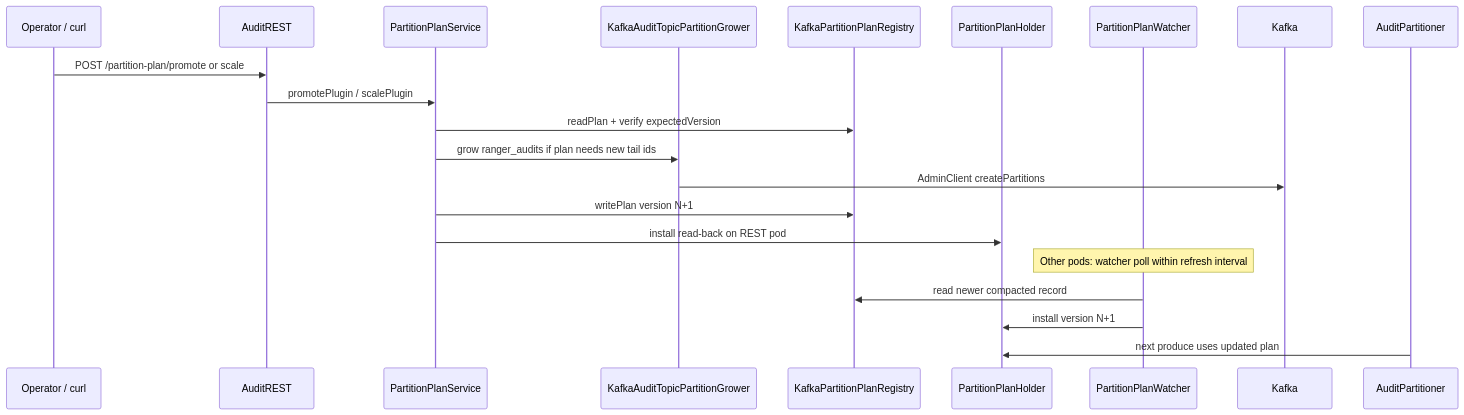
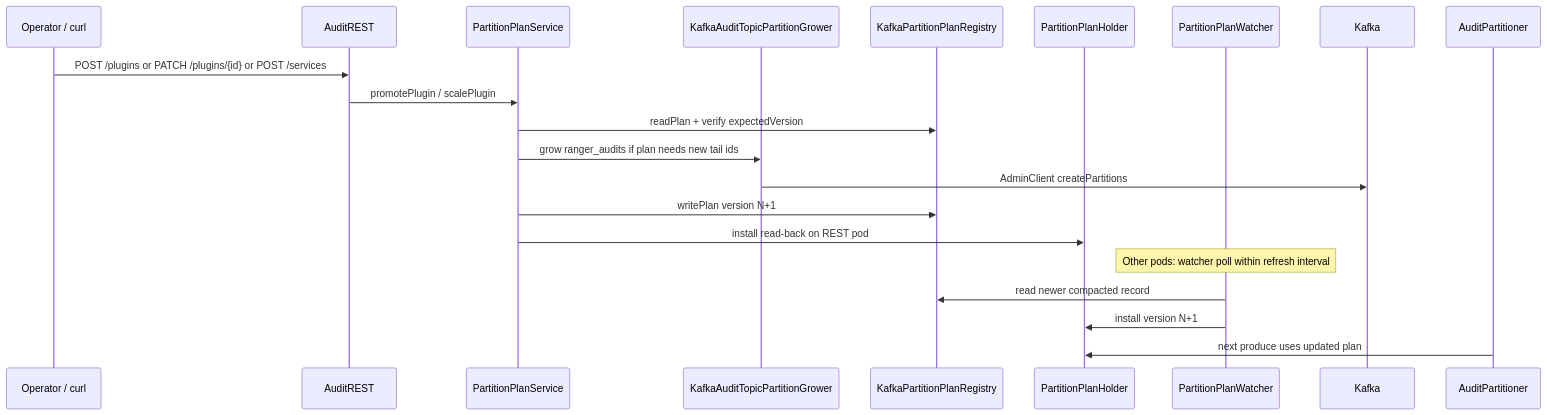
Before and after one commit to ramackri/ranger: the fourth of 9 diagrams in dev-support/RANGER-KAFKA-DYNAMIC-PARTITION-PLAN-PR-TEMPLATE.md, drawn with Mermaid. The commit also changed other lines of this file and 50 other files, not shown here.

First line of the commit message:
Refactor partition-plan REST API with PATCH merges and idempotent mutations.

````diff
--- a/dev-support/RANGER-KAFKA-DYNAMIC-PARTITION-PLAN-PR-TEMPLATE.md
+++ b/dev-support/RANGER-KAFKA-DYNAMIC-PARTITION-PLAN-PR-TEMPLATE.md
@@ -143,24 +143,24 @@
 ```mermaid
 sequenceDiagram
   participant Admin as Operator / curl
   participant REST as AuditREST
   participant PS as PartitionPlanService
   participant Grow as KafkaAuditTopicPartitionGrower
   participant Reg as KafkaPartitionPlanRegistry
   participant Holder as PartitionPlanHolder
   participant W as PartitionPlanWatcher
   participant Kafka as Kafka
   participant AP as AuditPartitioner
 
-  Admin->>REST: POST /partition-plan/promote or scale
+  Admin->>REST: POST /plugins or PATCH /plugins/{id} or POST /services
   REST->>PS: promotePlugin / scalePlugin
   PS->>Reg: readPlan + verify expectedVersion
   PS->>Grow: grow ranger_audits if plan needs new tail ids
   Grow->>Kafka: AdminClient createPartitions
   PS->>Reg: writePlan version N+1
   PS->>Holder: install read-back on REST pod
   Note over W: Other pods: watcher poll within refresh interval
   W->>Reg: read newer compacted record
   W->>Holder: install version N+1
   AP->>Holder: next produce uses updated plan
 ```
````
